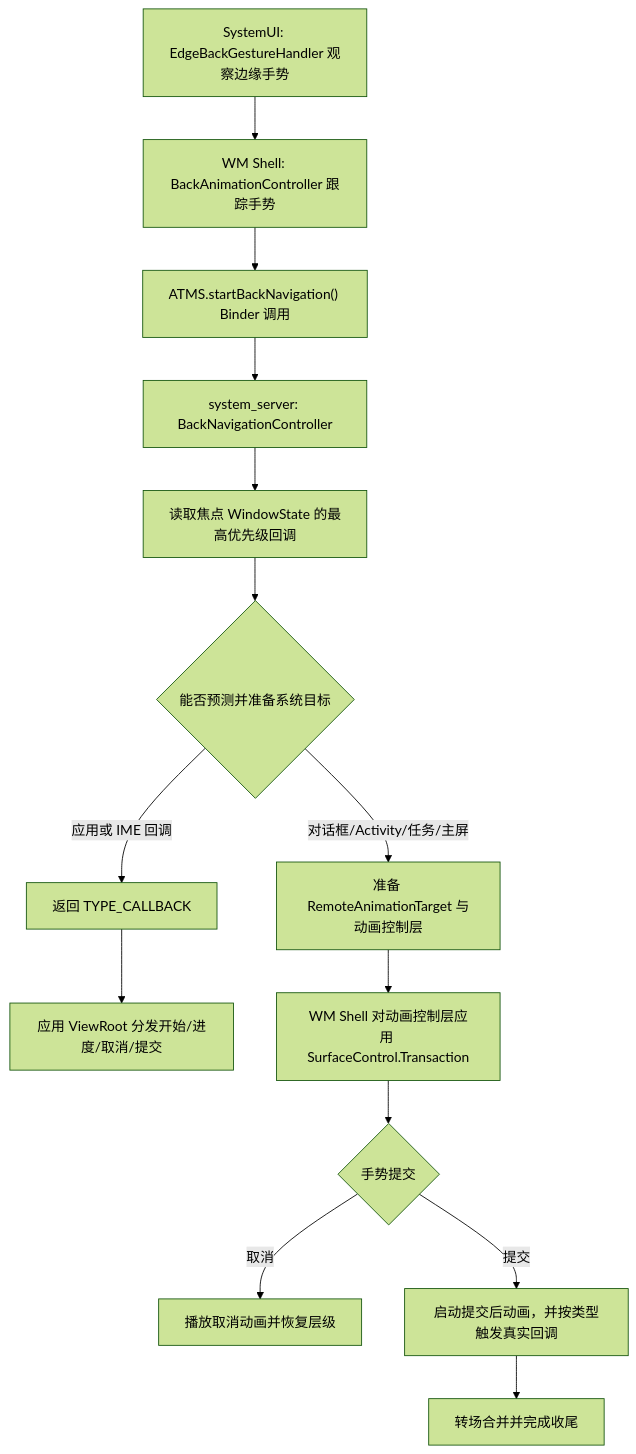
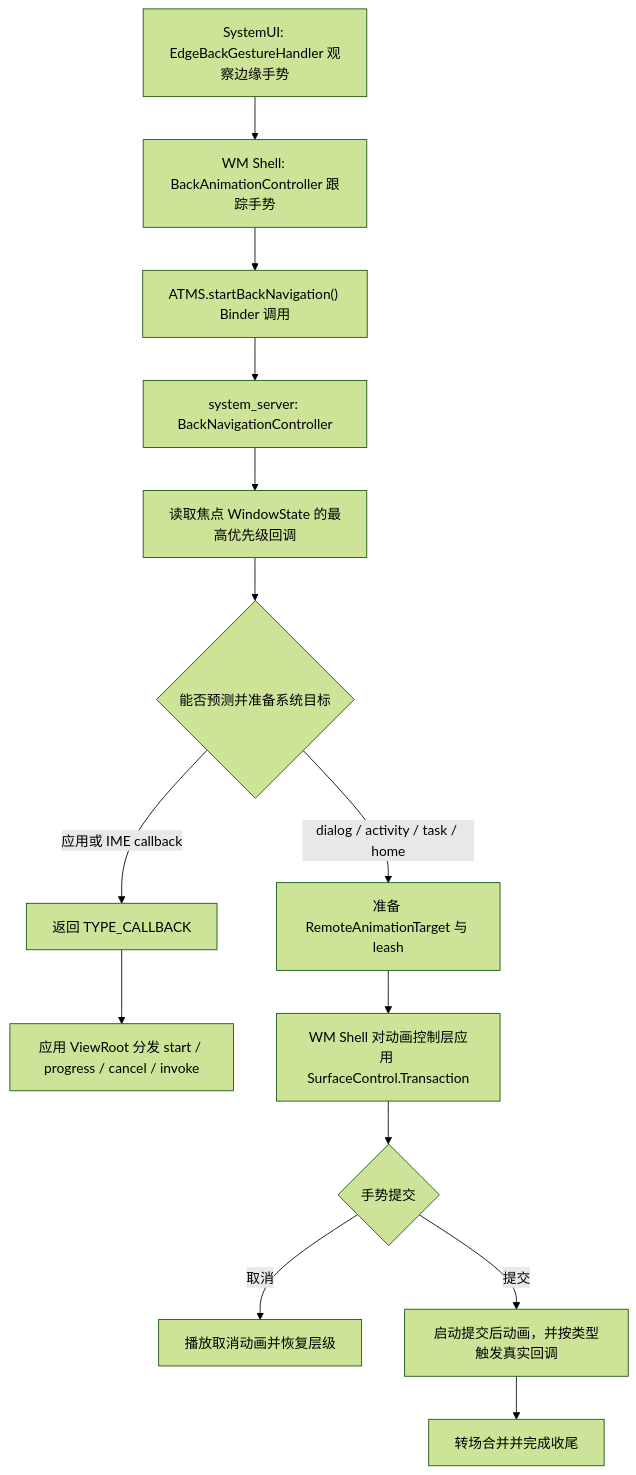
One commit to Gracker/android-internals-wiki changed the first of 2 diagrams in src/part1-fundamentals/ch03-input/12-predictive-back-system-architecture.md. Above: the diagram before and after it, drawn with Mermaid (forest theme). The commit also changed other lines of this file and 4 other files, not shown here.

````diff
--- a/src/part1-fundamentals/ch03-input/12-predictive-back-system-architecture.md
+++ b/src/part1-fundamentals/ch03-input/12-predictive-back-system-architecture.md
@@ -80,16 +80,16 @@
 ```mermaid
 flowchart TD
     A["SystemUI: EdgeBackGestureHandler 观察边缘手势"] --> B["WM Shell: BackAnimationController 跟踪手势"]
     B --> C["ATMS.startBackNavigation() Binder 调用"]
     C --> D["system_server: BackNavigationController"]
     D --> E["读取焦点 WindowState 的最高优先级回调"]
     E --> F{"能否预测并准备系统目标"}
-    F -->|应用或 IME 回调| G["返回 TYPE_CALLBACK"]
-    F -->|对话框/Activity/任务/主屏| H["准备 RemoteAnimationTarget 与动画控制层"]
-    G --> I["应用 ViewRoot 分发开始/进度/取消/提交"]
+    F -->|应用或 IME callback| G["返回 TYPE_CALLBACK"]
+    F -->|dialog / activity / task / home| H["准备 RemoteAnimationTarget 与 leash"]
+    G --> I["应用 ViewRoot 分发 start / progress / cancel / invoke"]
     H --> J["WM Shell 对动画控制层应用 SurfaceControl.Transaction"]
     J --> K{"手势提交"}
     K -->|取消| L["播放取消动画并恢复层级"]
     K -->|提交| M["启动提交后动画，并按类型触发真实回调"]
     M --> N["转场合并并完成收尾"]
 ```
````
